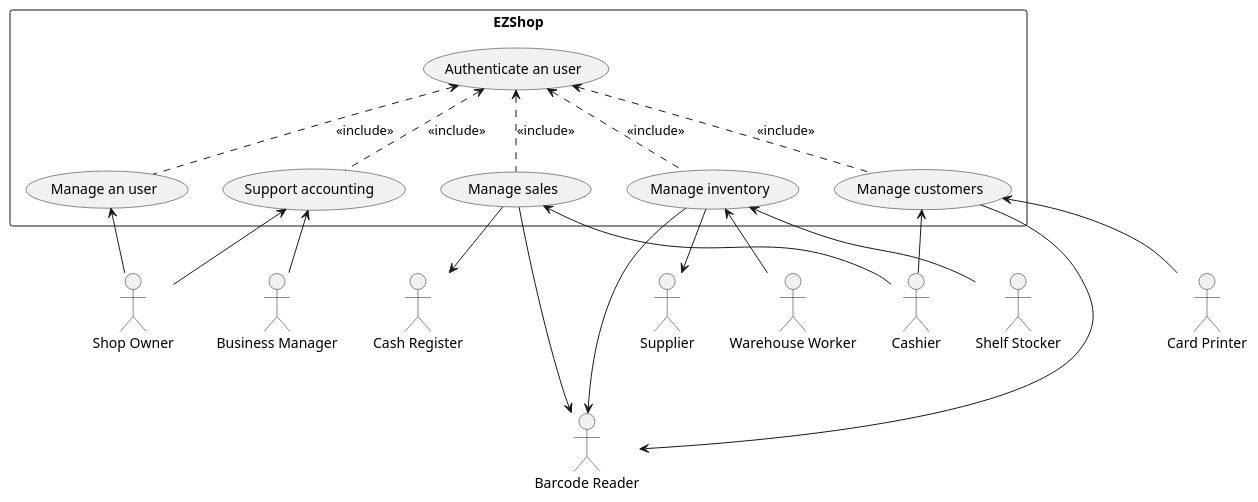
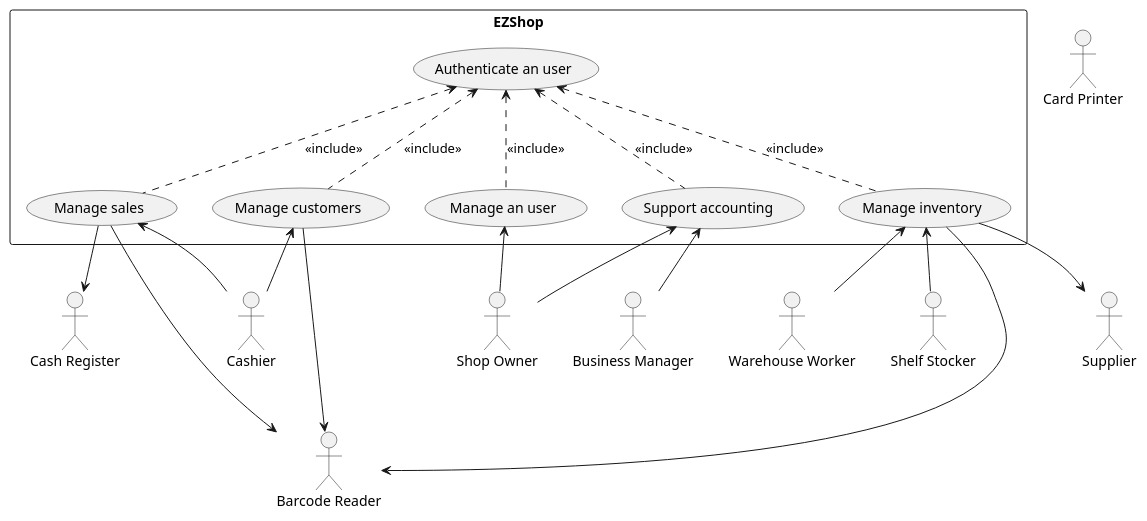
Before and after one commit to gioele-scaletta/EZShop-Software-Engineering-Project: the second of 5 diagrams in Deliverables/RequirementsDocument.md, drawn with PlantUML. The commit also changed other lines of this file, not shown here.

Commit message:
version_1.2

````diff
--- a/Deliverables/RequirementsDocument.md
+++ b/Deliverables/RequirementsDocument.md
@@ -170,46 +170,46 @@
 ```plantuml
 actor "Shop Owner" as so
 actor "Cashier" as c
 actor "Warehouse Worker" as ww
 actor "Shelf Stocker" as ss
 actor "Barcode Reader" as br
 actor "Cash Register" as cr
 actor "Card Printer" as cp
 actor "Supplier" as s
 actor "Business Manager" as bm
  
 rectangle EZShop {
     usecase "Authenticate an user" as F1
     usecase "Manage an user" as F2
     usecase "Manage sales" as F3
     usecase "Manage inventory" as F4
     usecase "Manage customers" as F5
     usecase "Support accounting " as F6
 }
  
 F1 <.. F2 : <<include>>
 F1 <.. F3 : <<include>>
 F1 <.. F4 : <<include>>
 F1 <.. F5 : <<include>>
 F1 <.. F6 : <<include>>
 
  
 F2 <-- so
-F5 <--cp
+
 F3 <-- c
 F3 --> cr
 F3 ---> br
  
 F4 ---> br
 F4 <-- ww
 F4 <-- ss
  
 F4 --> s
  
 F5 <-- c
 F5 ---> br
  
 F6 <-- bm
 F6 <-- so
 
 ```
````
